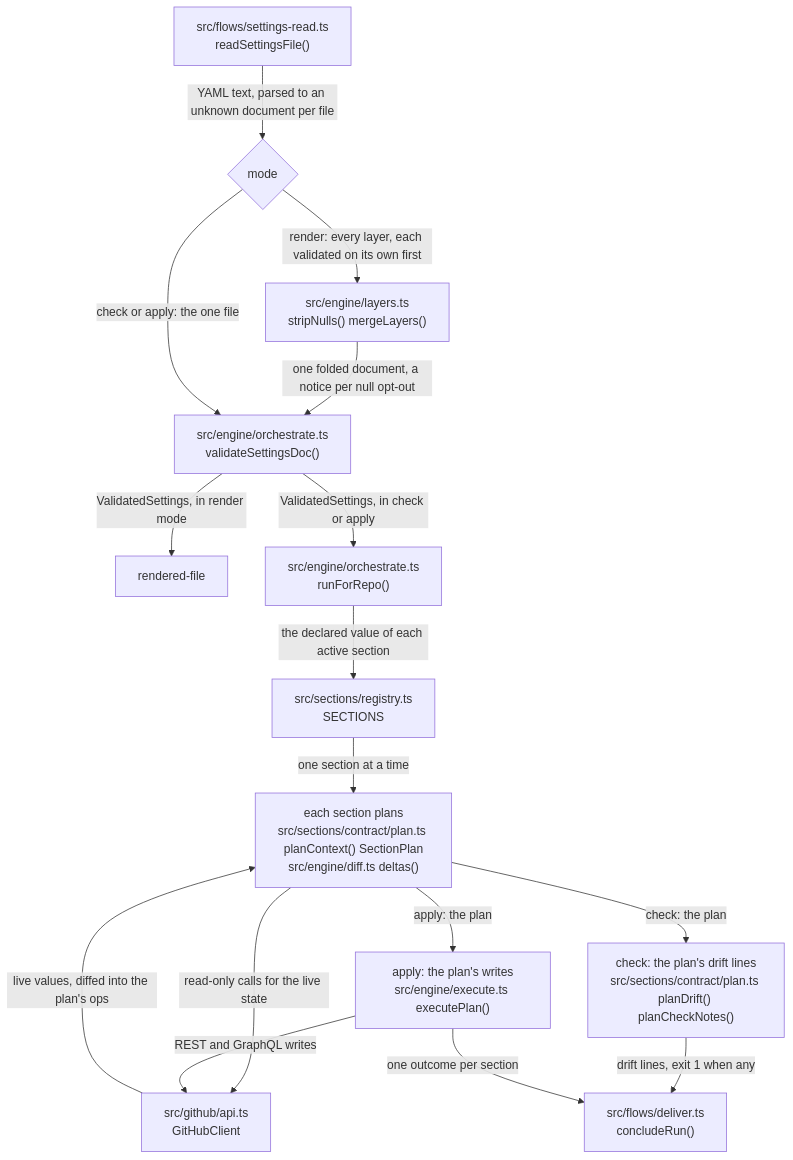
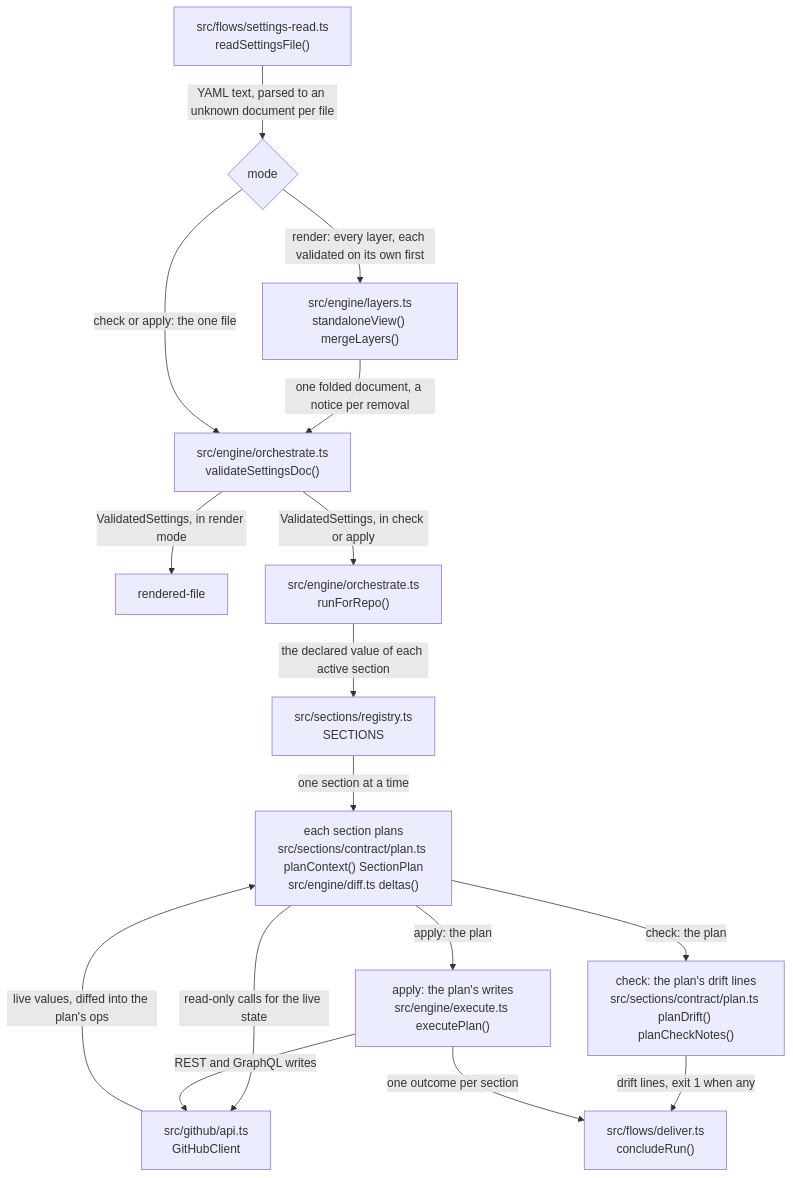
One commit to Vivswan/github-settings-as-code changed the first of 8 diagrams in docs/reference/architecture.md. Above: the diagram before and after it, drawn with Mermaid. The commit also changed other lines of this file and 50 other files, not shown here.

Commit message:
feat(engine)!: a higher layer's null wins and means empty on GitHub, and _remove drops a keyed entry (#294)

````diff
--- a/docs/reference/architecture.md
+++ b/docs/reference/architecture.md
@@ -19,30 +19,30 @@
 ```mermaid
 flowchart TD
   read["src/flows/settings-read.ts<br>readSettingsFile()"]
   mode{"mode"}
-  fold["src/engine/layers.ts<br>stripNulls() mergeLayers()"]
+  fold["src/engine/layers.ts<br>standaloneView() mergeLayers()"]
   validate["src/engine/orchestrate.ts<br>validateSettingsDoc()"]
   merged["rendered-file"]
   repo["src/engine/orchestrate.ts<br>runForRepo()"]
   sections["src/sections/registry.ts<br>SECTIONS"]
   plan["each section plans<br>src/sections/contract/plan.ts planContext() SectionPlan<br>src/engine/diff.ts deltas()"]
   api["src/github/api.ts<br>GitHubClient"]
   drift["check: the plan's drift lines<br>src/sections/contract/plan.ts planDrift() planCheckNotes()"]
   exec["apply: the plan's writes<br>src/engine/execute.ts executePlan()"]
   report["src/flows/deliver.ts<br>concludeRun()"]
   read -->|YAML text, parsed to an unknown document per file| mode
   mode -->|render: every layer, each validated on its own first| fold
-  fold -->|one folded document, a notice per null opt-out| validate
+  fold -->|one folded document, a notice per removal| validate
   mode -->|check or apply: the one file| validate
   validate -->|ValidatedSettings, in render mode| merged
   validate -->|ValidatedSettings, in check or apply| repo
   repo -->|the declared value of each active section| sections
   sections -->|one section at a time| plan
   plan -->|read-only calls for the live state| api
   api -->|live values, diffed into the plan's ops| plan
   plan -->|check: the plan| drift
   plan -->|apply: the plan| exec
   exec -->|REST and GraphQL writes| api
   drift -->|drift lines, exit 1 when any| report
   exec -->|one outcome per section| report
 ```
````
